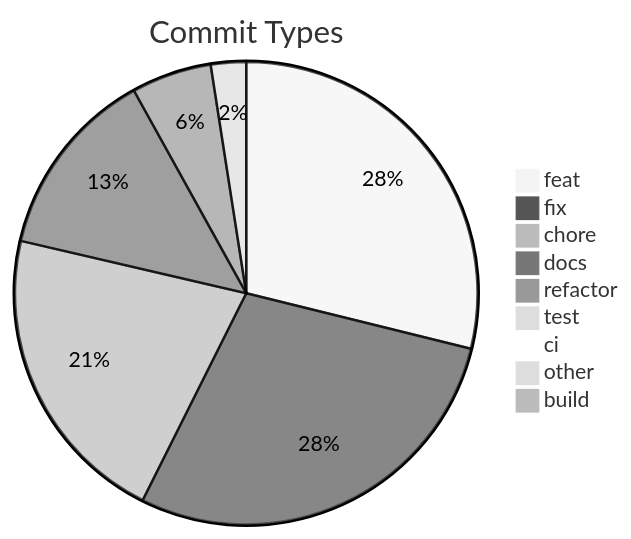
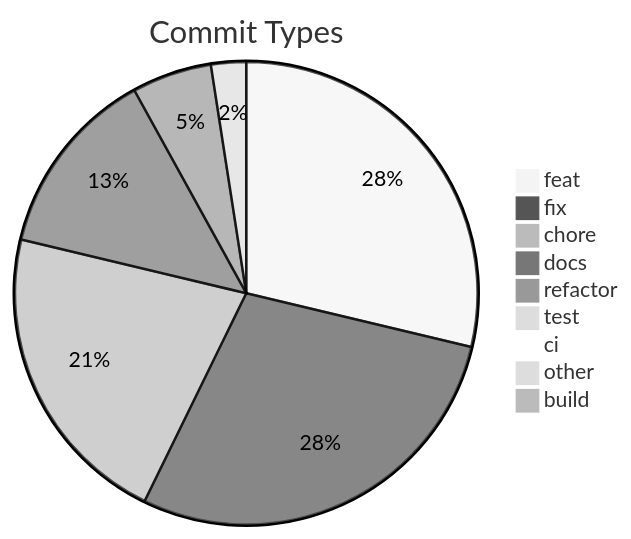
One commit to svenroth-ai/shipwright changed the diagram in .shipwright/compliance/change-history.md. Above: the diagram before and after it, drawn with Mermaid (neutral theme). The commit also changed other lines of this file and 23 other files, not shown here.

````diff
--- a/.shipwright/compliance/change-history.md
+++ b/.shipwright/compliance/change-history.md
@@ -8,12 +8,12 @@
 ```mermaid
 pie title Commit Types
     "feat" : 258
-    "fix" : 255
-    "chore" : 190
+    "fix" : 256
+    "chore" : 193
     "docs" : 119
     "refactor" : 50
     "test" : 22
     "ci" : 7
     "other" : 7
     "build" : 1
 ```
````
